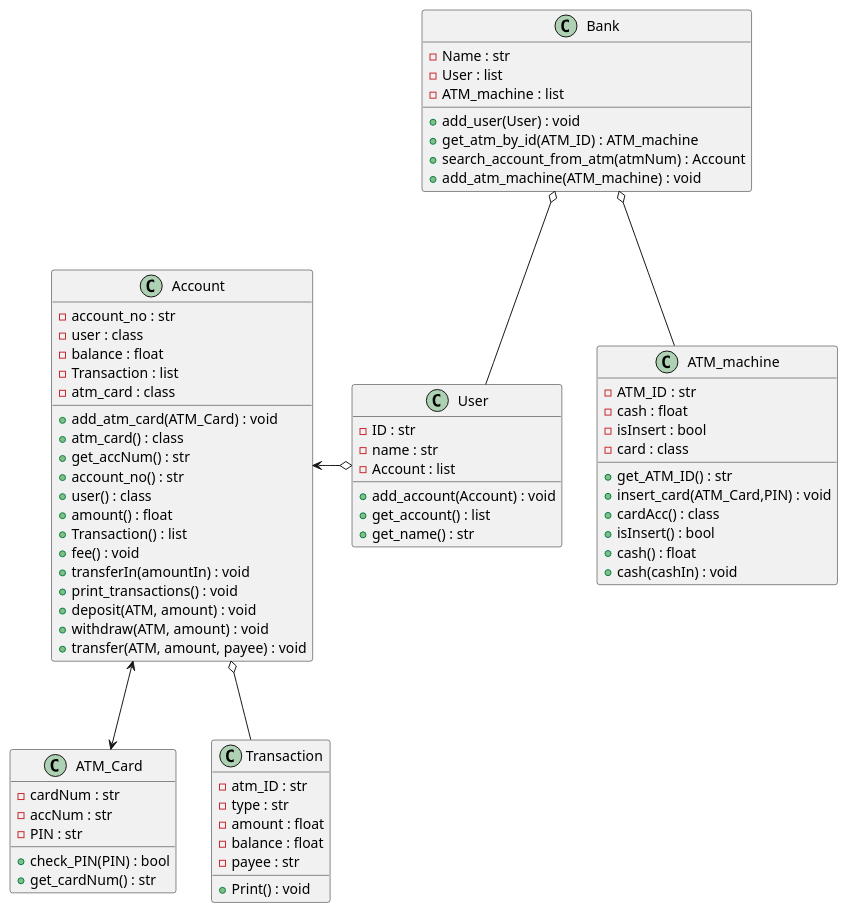
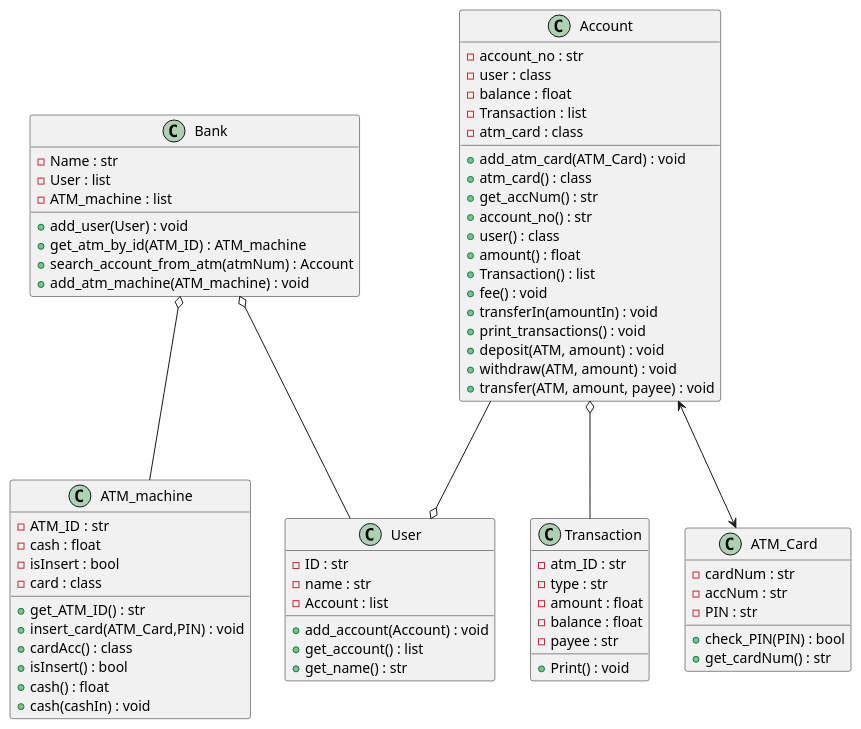
The diagram in lab/lab4/diagram.puml (pjngth998/OOP), drawn with PlantUML before and after one commit. The commit also changed 4 other files, not shown here.

```diff
--- a/lab/lab4/diagram.puml
+++ b/lab/lab4/diagram.puml
@@ -1,83 +1,83 @@
 @startuml
 
 
 class Bank{
 -Name : str
 -User : list
 -ATM_machine : list
 +add_user(User) : void
 +get_atm_by_id(ATM_ID) : ATM_machine
 +search_account_from_atm(atmNum) : Account
 +add_atm_machine(ATM_machine) : void
 }
 
 class User{
 -ID : str
 -name : str
 -Account : list
 +add_account(Account) : void
 +get_account() : list
 +get_name() : str 
 }
 
 class Account{
 -account_no : str
 -user : class
 -balance : float
 -Transaction : list
 -atm_card : class
 +add_atm_card(ATM_Card) : void
 +atm_card() : class
 +get_accNum() : str
 +account_no() : str
 +user() : class
 +amount() : float
 +Transaction() : list
 +fee() : void
 +transferIn(amountIn) : void
 +print_transactions() : void
 +deposit(ATM, amount) : void
 +withdraw(ATM, amount) : void
 +transfer(ATM, amount, payee) : void
 }
 
 class ATM_Card{
 -cardNum : str
 -accNum : str
 -PIN : str
 +check_PIN(PIN) : bool
 +get_cardNum() : str
 }
 
 class ATM_machine{
 -ATM_ID : str
 -cash : float
 -isInsert : bool
 -card : class
 +get_ATM_ID() : str
 +insert_card(ATM_Card,PIN) : void
 +cardAcc() : class
 +isInsert() : bool
 +cash() : float
 +cash(cashIn) : void
 }
 
 class Transaction{  
 -atm_ID : str
 -type : str
 -amount : float
 -balance : float
 -payee : str
 +Print() : void
 }
 
 
 Bank o--  User : ""
 Bank o--  ATM_machine : ""
-Account <-o  User : ""
+Account --o  User : ""
 Account o--  Transaction : ""
 Account <-->  ATM_Card : ""
 
 
 
 @enduml
```
